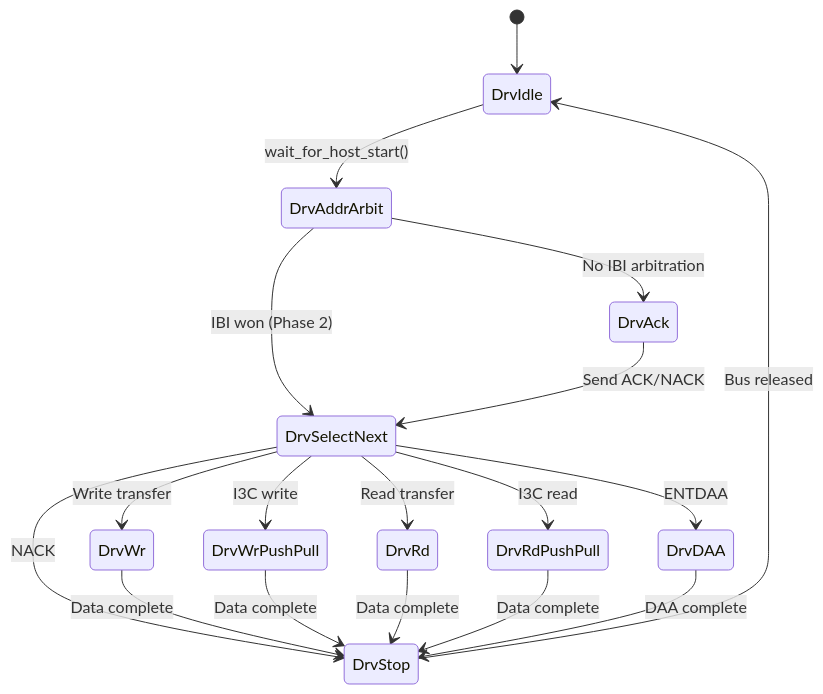
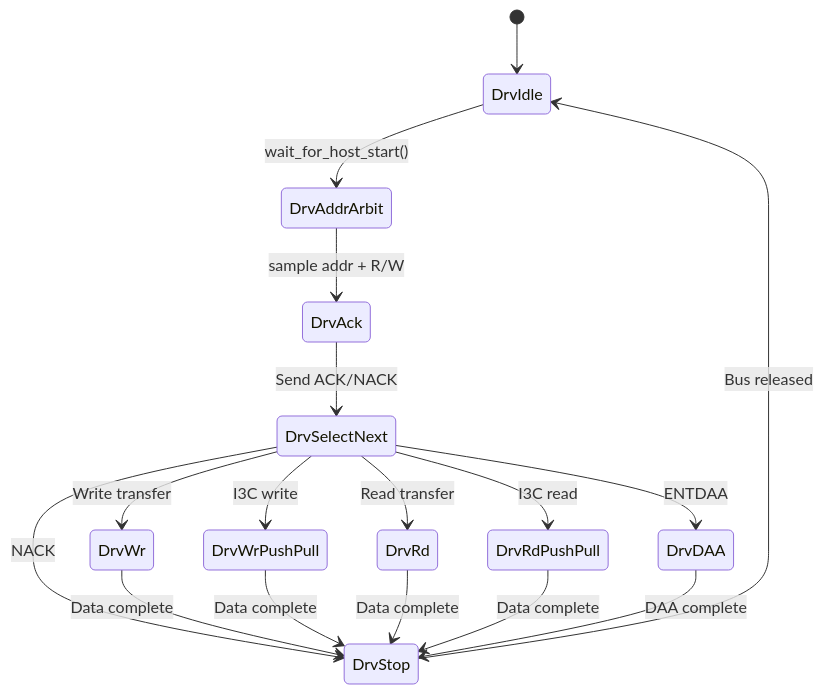
One commit to minhuy206/i3c changed the diagram in docs/verification_specs/04_i3c_agent_spec.md. Above: the diagram before and after it, drawn with Mermaid. The commit also changed other lines of this file and 4 other files, not shown here.

Commit message:
Implement I3C device driver flow

````diff
--- a/docs/verification_specs/04_i3c_agent_spec.md
+++ b/docs/verification_specs/04_i3c_agent_spec.md
@@ -323,20 +319,19 @@
 ```mermaid
 stateDiagram-v2
     [*] --> DrvIdle
     DrvIdle --> DrvAddrArbit: wait_for_host_start()
-    DrvAddrArbit --> DrvAck: No IBI arbitration
-    DrvAddrArbit --> DrvSelectNext: IBI won (Phase 2)
+    DrvAddrArbit --> DrvAck: sample addr + R/W
     DrvAck --> DrvSelectNext: Send ACK/NACK
     DrvSelectNext --> DrvWr: Write transfer
     DrvSelectNext --> DrvWrPushPull: I3C write
     DrvSelectNext --> DrvRd: Read transfer
     DrvSelectNext --> DrvRdPushPull: I3C read
     DrvSelectNext --> DrvDAA: ENTDAA
     DrvSelectNext --> DrvStop: NACK
     DrvWr --> DrvStop: Data complete
     DrvWrPushPull --> DrvStop: Data complete
     DrvRd --> DrvStop: Data complete
     DrvRdPushPull --> DrvStop: Data complete
     DrvDAA --> DrvStop: DAA complete
     DrvStop --> DrvIdle: Bus released
 ```
````
